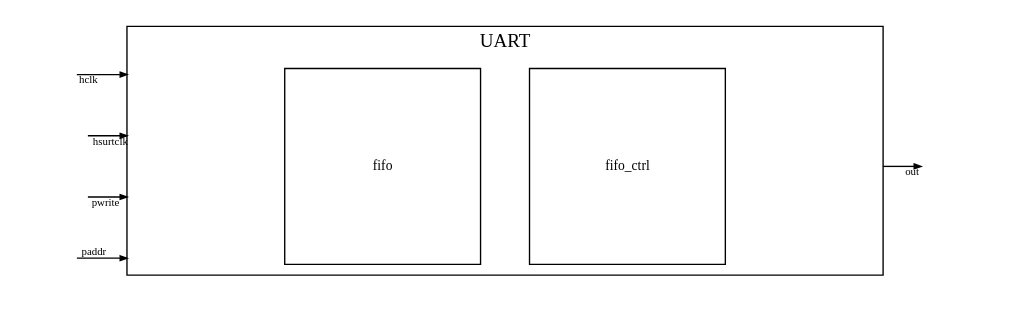
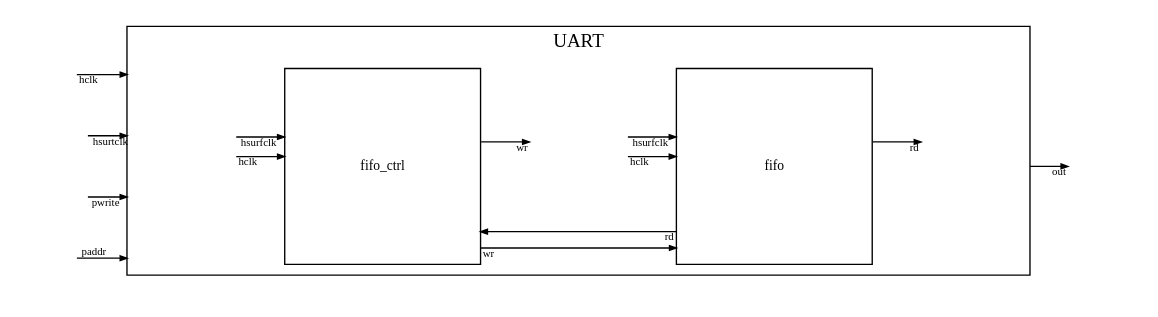
Before and after one commit to arunenigma/CSV_to_Block_Diagram_Generator: the diagram in block.dot, drawn with Graphviz. The commit also changed 3 other files, not shown here.

Commit message:
block diagram working!

```diff
--- a/block.dot
+++ b/block.dot
@@ -1,14 +1,17 @@
-strict digraph {
-	graph [bb="0,0,720,210",
+digraph {
+	graph [bb="0,0,828,210",
 		comment="uart.csv",
-		compound=true,
+		compound=True,
+		multiedges=True,
+		overlap=False,
 		rank=same,
 		rankdir=LR,
 		splines=ortho
 	];
 	node [label="\N"];
+	edge [style=filled];
 	subgraph cluster_1 {
-		graph [bb="82,19,638,202",
+		graph [bb="82,19,746,202",
 			label=UART,
 			rank=same
 		];
@@ -19,45 +22,128 @@
 			shape=box,
 			style=invis,
 			width=1];
+		fifo_ctrl		 [fontsize=10,
+			height=2,
+			label=fifo_ctrl,
+			pos="270,99",
+			shape=box,
+			width=2];
+		empty_1 -> fifo_ctrl		 [pos="e,197.72,77.4 162.34,77.4 162.34,77.4 187.72,77.4 187.72,77.4",
+			style=invis];
+		empty_1 -> fifo_ctrl		 [pos="e,197.72,91.8 162.34,91.8 162.34,91.8 187.72,91.8 187.72,91.8",
+			style=invis];
+		empty_1 -> fifo_ctrl		 [arrowhead=normal,
+			arrowsize=0.5,
+			fontsize=8,
+			penwidth=1,
+			pos="e,197.72,106.2 162.34,106.2 162.34,106.2 192.72,106.2 192.72,106.2",
+			tail_lp="170.34,101.7",
+			taillabel=hclk,
+			weight=2.0];
+		empty_1 -> fifo_ctrl		 [arrowhead=normal,
+			arrowsize=0.5,
+			fontsize=8,
+			penwidth=1,
+			pos="e,197.72,120.6 162.34,120.6 162.34,120.6 192.72,120.6 192.72,120.6",
+			tail_lp="176.84,116.1",
+			taillabel=hsurfclk,
+			weight=2.0];
+		empty_mid		 [fontsize=10,
+			height=1,
+			label=empty_2,
+			pos="414,99",
+			shape=box,
+			style=invis,
+			width=1];
+		fifo_ctrl -> empty_mid		 [pos="e,377.91,117 342.42,117 342.42,117 367.91,117 367.91,117",
+			style=invis];
+		fifo_ctrl -> empty_mid		 [pos="e,377.91,81 342.42,81 342.42,81 367.91,81 367.91,81",
+			style=invis];
+		fifo_ctrl -> empty_mid		 [arrowhead=normal,
+			arrowsize=0.5,
+			constraint=true,
+			fontsize=8,
+			head_lp="373.41,94.5",
+			headlabel=wr,
+			penwidth=1,
+			pos="e,377.91,99 342.42,99 342.42,99 372.91,99 372.91,99",
+			weight=2.0];
 		fifo		 [fontsize=10,
 			height=2,
 			label=fifo,
-			pos="270,99",
+			pos="558,99",
 			shape=box,
 			width=2];
-		empty_1 -> fifo		 [pos="e,197.72,99 162.34,99 162.34,99 187.72,99 187.72,99",
+		fifo_ctrl -> fifo		 [arrowhead=normal,
+			arrowsize=0.5,
+			fontsize=8,
+			penwidth=1,
+			pos="e,485.92,51 342.3,51 342.3,51 480.92,51 480.92,51",
+			tail_lp="346.8,46.5",
+			taillabel=wr,
+			weight=2.0];
+		empty_mid -> fifo		 [pos="e,485.72,77.4 450.34,77.4 450.34,77.4 475.72,77.4 475.72,77.4",
 			style=invis];
-		fifo_ctrl		 [fontsize=10,
-			height=2,
-			label=fifo_ctrl,
-			pos="450,99",
-			shape=box,
-			width=2];
-		fifo -> fifo_ctrl		 [pos="e,377.81,99 342.18,99 342.18,99 367.81,99 367.81,99",
+		empty_mid -> fifo		 [pos="e,485.72,91.8 450.34,91.8 450.34,91.8 475.72,91.8 475.72,91.8",
 			style=invis];
+		empty_mid -> fifo		 [arrowhead=normal,
+			arrowsize=0.5,
+			fontsize=8,
+			penwidth=1,
+			pos="e,485.72,120.6 450.34,120.6 450.34,120.6 480.72,120.6 480.72,120.6",
+			tail_lp="458.34,116.1",
+			taillabel=hclk,
+			weight=2.0];
+		empty_mid -> fifo		 [arrowhead=normal,
+			arrowsize=0.5,
+			fontsize=8,
+			penwidth=1,
+			pos="e,485.72,106.2 450.34,106.2 450.34,106.2 480.72,106.2 480.72,106.2",
+			tail_lp="464.84,101.7",
+			taillabel=hsurfclk,
+			weight=2.0];
+		fifo -> fifo_ctrl		 [arrowhead=normal,
+			arrowsize=0.5,
+			fontsize=8,
+			penwidth=1,
+			pos="e,342.08,39 485.7,39 485.7,39 347.08,39 347.08,39",
+			tail_lp="481.7,34.5",
+			taillabel=rd,
+			weight=2.0];
 		empty_2		 [fontsize=10,
 			height=1,
 			label=empty_2,
-			pos="594,99",
+			pos="702,99",
 			shape=box,
 			style=invis,
 			width=1];
-		fifo_ctrl -> empty_2		 [pos="e,557.91,99 522.42,99 522.42,99 547.91,99 547.91,99",
+		fifo -> empty_2		 [pos="e,665.91,81 630.42,81 630.42,81 655.91,81 655.91,81",
 			style=invis];
+		fifo -> empty_2		 [pos="e,665.91,99 630.42,99 630.42,99 655.91,99 655.91,99",
+			style=invis];
+		fifo -> empty_2		 [arrowhead=normal,
+			arrowsize=0.5,
+			constraint=true,
+			fontsize=8,
+			head_lp="661.91,112.5",
+			headlabel=rd,
+			penwidth=1,
+			pos="e,665.91,117 630.42,117 630.42,117 660.91,117 660.91,117",
+			weight=2.0];
 	}
 	4	 [height=0.5,
-		pos="693,99",
+		pos="801,99",
 		style=invis,
 		width=0.75];
 	empty_2 -> 4	 [arrowhead=normal,
 		arrowsize=0.5,
 		constraint=true,
 		fontsize=8,
-		head_lp="659.85,94.5",
+		head_lp="767.85,94.5",
 		headlabel=out,
 		ltail=cluster_1,
 		penwidth=1,
-		pos="e,665.85,99 637.8,99 646.94,99 660.85,99 660.85,99",
+		pos="e,773.85,99 745.8,99 754.94,99 768.85,99 768.85,99",
 		weight=2.0];
 	0	 [height=0.5,
 		pos="27,180",
```
